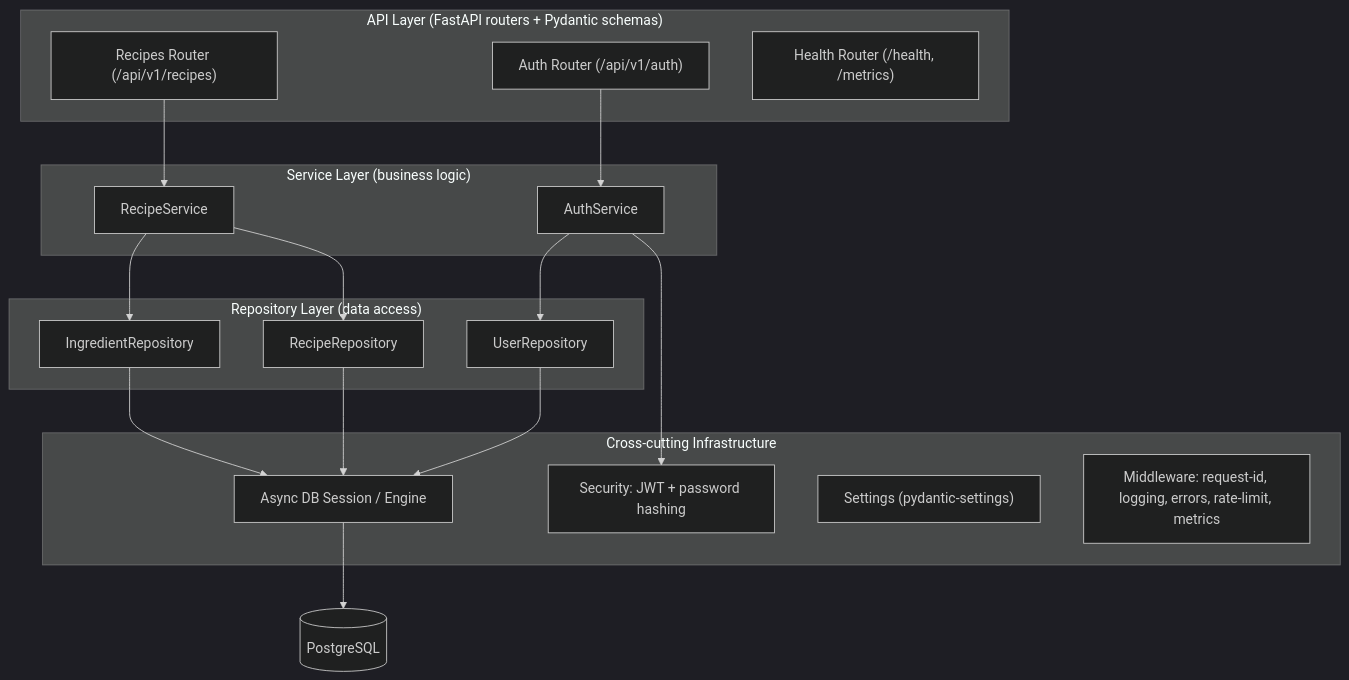
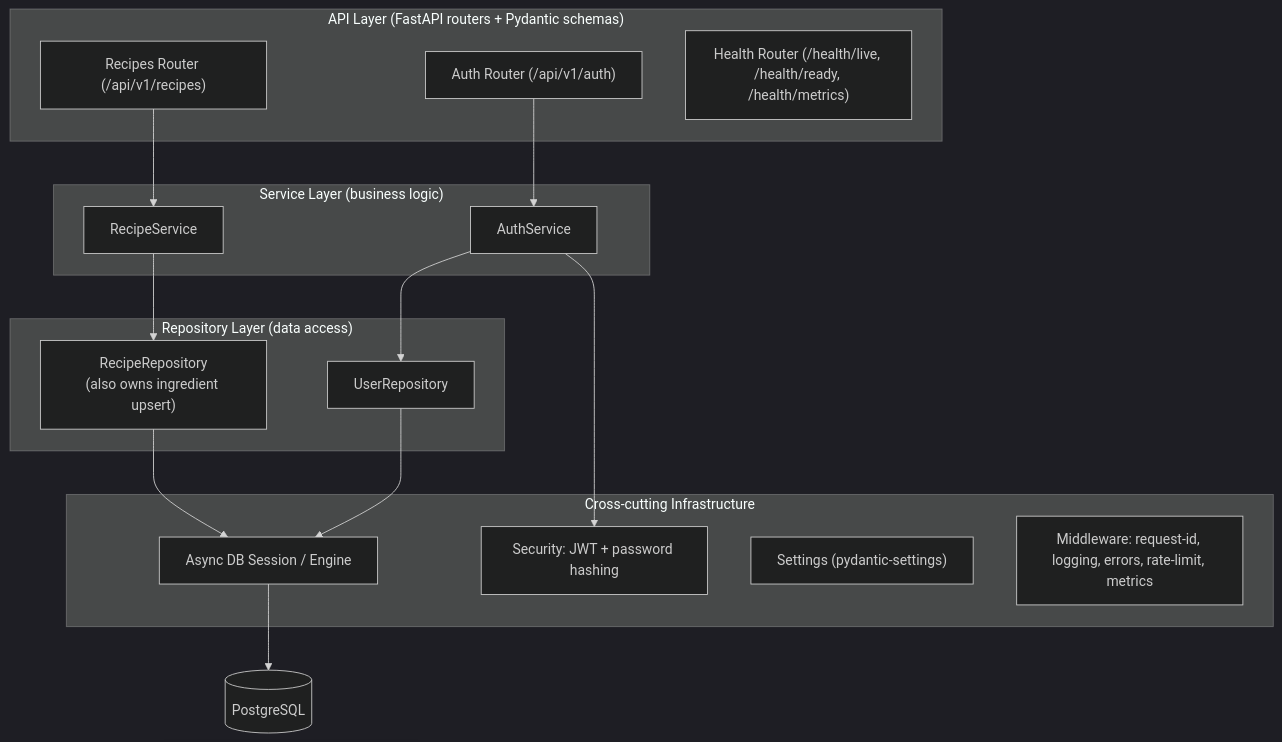
Before and after one commit to mohamedrks/recipe-manager: the second of 6 diagrams in docs/architecture.md, drawn with Mermaid (dark theme). The commit also changed other lines of this file and 9 other files, not shown here.

Commit message:
Added docs and fixed architecture plan we did initially

````diff
--- a/docs/architecture.md
+++ b/docs/architecture.md
@@ -78,34 +78,31 @@
 ```mermaid
 graph TD
     subgraph API_Layer["API Layer (FastAPI routers + Pydantic schemas)"]
         R1["Auth Router (/api/v1/auth)"]
         R2["Recipes Router (/api/v1/recipes)"]
-        R3["Health Router (/health, /metrics)"]
+        R3["Health Router (/health/live, /health/ready, /health/metrics)"]
     end
     subgraph Service_Layer["Service Layer (business logic)"]
         S1["AuthService"]
         S2["RecipeService"]
     end
     subgraph Repository_Layer["Repository Layer (data access)"]
         Rp1["UserRepository"]
-        Rp2["RecipeRepository"]
-        Rp3["IngredientRepository"]
+        Rp2["RecipeRepository<br/>(also owns ingredient upsert)"]
     end
     subgraph Infra["Cross-cutting Infrastructure"]
         DBSession["Async DB Session / Engine"]
         Security["Security: JWT + password hashing"]
         Config["Settings (pydantic-settings)"]
         Mid["Middleware: request-id, logging, errors, rate-limit, metrics"]
     end
 
     R1 --> S1
     R2 --> S2
     S1 --> Rp1
     S1 --> Security
     S2 --> Rp2
-    S2 --> Rp3
     Rp1 --> DBSession
     Rp2 --> DBSession
-    Rp3 --> DBSession
     DBSession --> PG[("PostgreSQL")]
 ```
````
